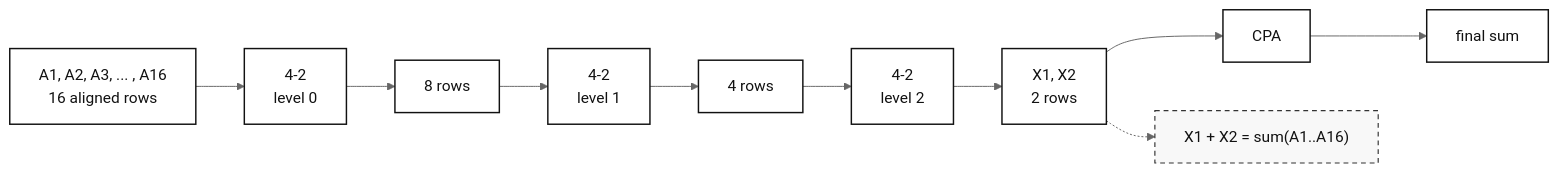
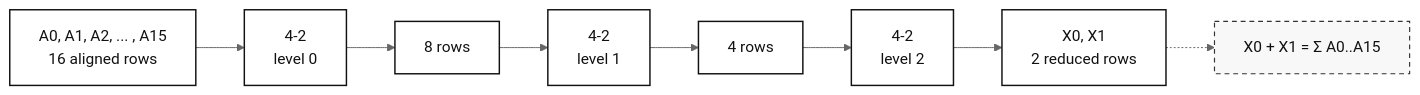
One commit to WhiteDeerPro/FPU_PROJECT changed the sixth of 6 diagrams in docs/fpu_compressor_notes.md. Above: the diagram before and after it, drawn with Mermaid (neutral theme). The commit also changed other lines of this file, not shown here.

Commit message:
Rework 4-2 tree diagram layout

````diff
--- a/docs/fpu_compressor_notes.md
+++ b/docs/fpu_compressor_notes.md
@@ -207,19 +224,17 @@
 ```mermaid
 flowchart LR
   classDef data fill:#fff,stroke:#111,stroke-width:1.5px,color:#111;
   classDef ctrl fill:#f8f8f8,stroke:#333,stroke-width:1.2px,stroke-dasharray:5 4,color:#111;
 
-  A["A1, A2, A3, ... , A16<br/>16 aligned rows"]:::data
+  A["A0, A1, A2, ... , A15<br/>16 aligned rows"]:::data
   L0["4-2<br/>level 0"]:::data
   B["8 rows"]:::data
   L1["4-2<br/>level 1"]:::data
   C["4 rows"]:::data
   L2["4-2<br/>level 2"]:::data
-  X["X1, X2<br/>2 rows"]:::data
-  CPA["CPA"]:::data
-  R["final sum"]:::data
-  EQ["X1 + X2 = sum(A1..A16)"]:::ctrl
+  X["X0, X1<br/>2 reduced rows"]:::data
+  EQ["X0 + X1 = Σ A0..A15"]:::ctrl
 
-  A --> L0 --> B --> L1 --> C --> L2 --> X --> CPA --> R
+  A --> L0 --> B --> L1 --> C --> L2 --> X
   X -.-> EQ
 ```
````
